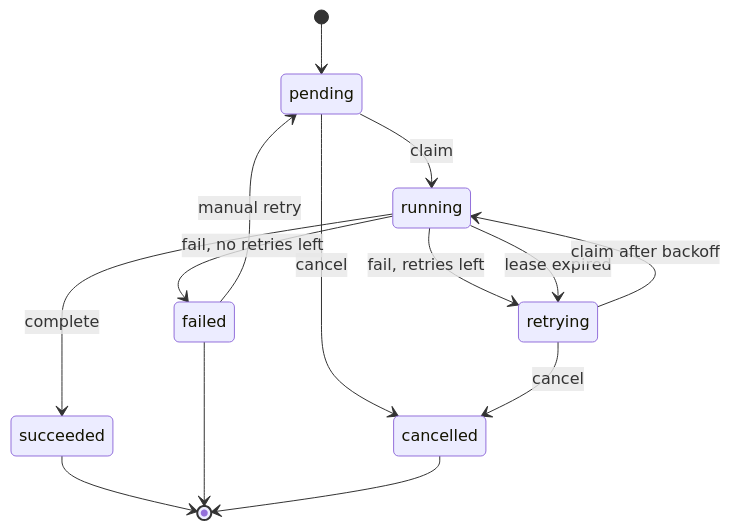
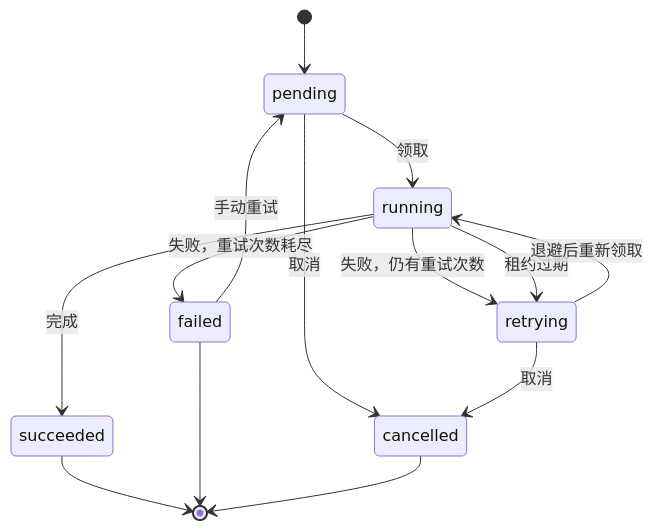
The diagram in docs/architecture/async-job-design.md (Sakuya1998/game-platform), drawn with Mermaid before and after one commit. The commit also changed other lines of this file and 35 other files, not shown here.

````diff
--- a/docs/architecture/async-job-design.md
+++ b/docs/architecture/async-job-design.md
@@ -28,16 +28,16 @@
 ```mermaid
 stateDiagram-v2
   [*] --> pending
-  pending --> running: claim
-  running --> succeeded: complete
-  running --> retrying: fail, retries left
-  running --> failed: fail, no retries left
-  running --> retrying: lease expired
-  retrying --> running: claim after backoff
-  pending --> cancelled: cancel
-  retrying --> cancelled: cancel
-  failed --> pending: manual retry
+  pending --> running: 领取
+  running --> succeeded: 完成
+  running --> retrying: 失败，仍有重试次数
+  running --> failed: 失败，重试次数耗尽
+  running --> retrying: 租约过期
+  retrying --> running: 退避后重新领取
+  pending --> cancelled: 取消
+  retrying --> cancelled: 取消
+  failed --> pending: 手动重试
   succeeded --> [*]
   failed --> [*]
   cancelled --> [*]
 ```
````
